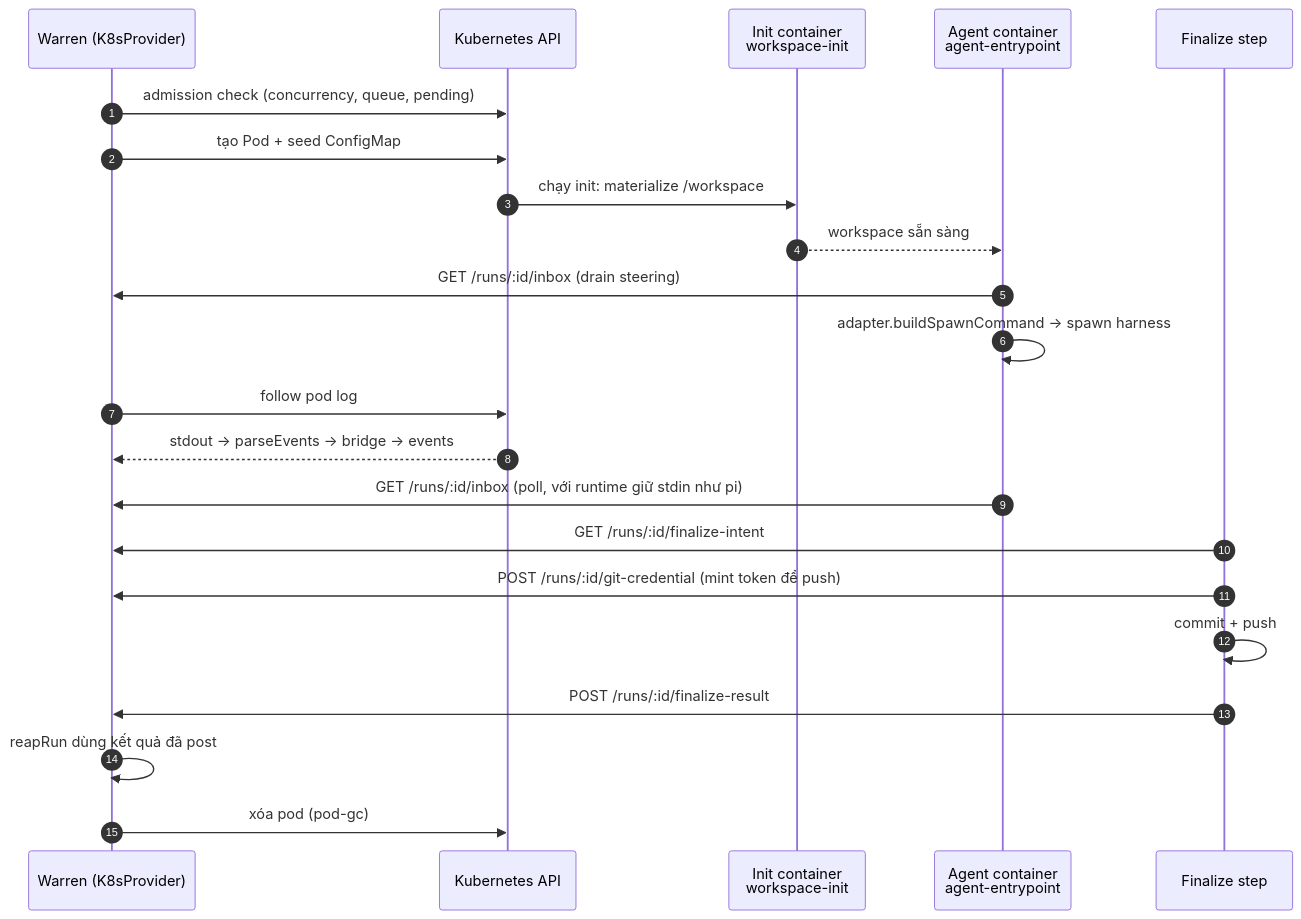
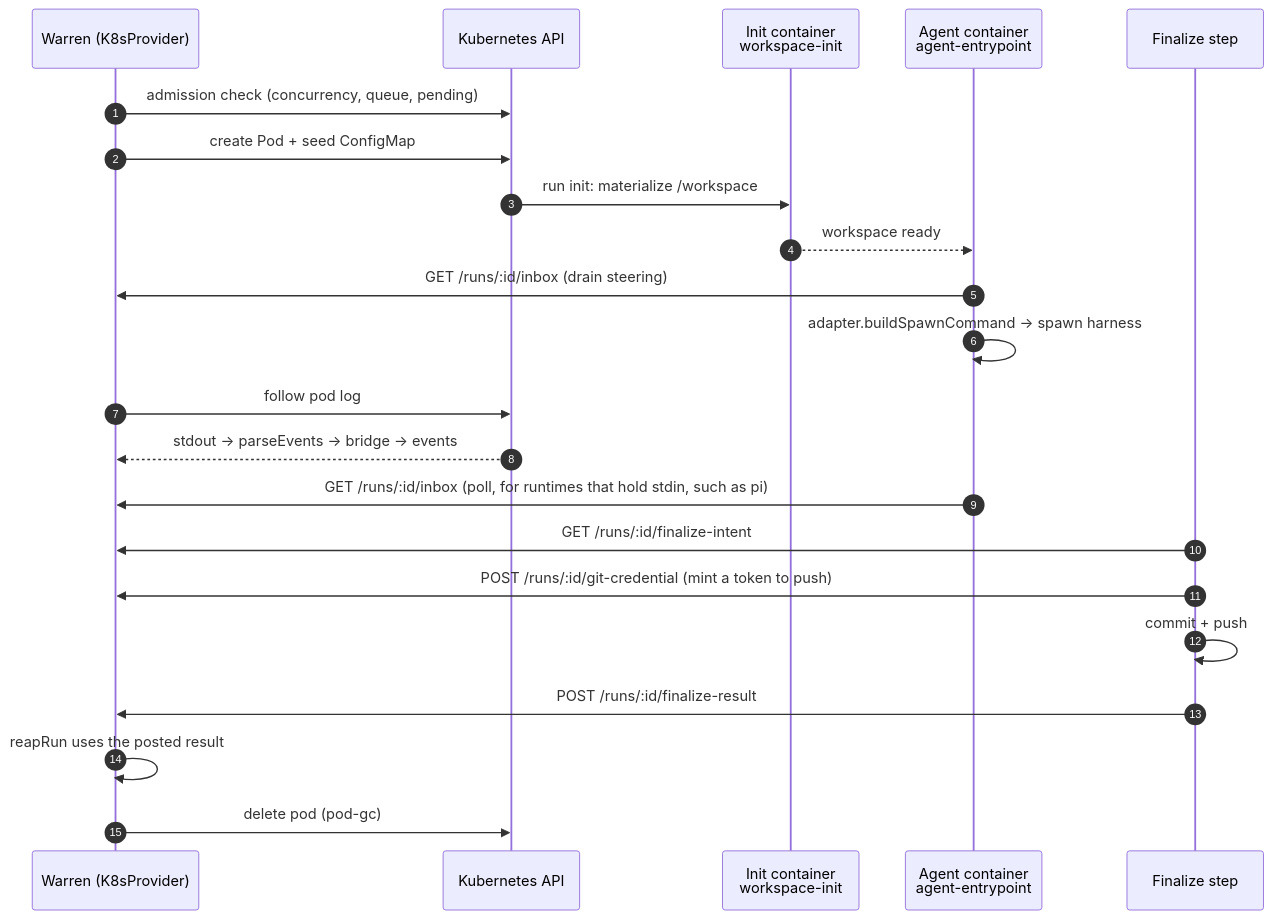
One commit to namphuongtran/warren changed the tenth of 12 diagrams in docs/design/architecture-overview.md. Above: the diagram before and after it, drawn with Mermaid. The commit also changed other lines of this file and 4 other files, not shown here.

````diff
--- a/docs/design/architecture-overview.md
+++ b/docs/design/architecture-overview.md
@@ -533,25 +533,25 @@
 ```mermaid
 sequenceDiagram
     autonumber
     participant W as Warren (K8sProvider)
     participant K as Kubernetes API
     participant I as Init container<br/>workspace-init
     participant A as Agent container<br/>agent-entrypoint
     participant F as Finalize step
 
     W->>K: admission check (concurrency, queue, pending)
-    W->>K: tạo Pod + seed ConfigMap
-    K->>I: chạy init: materialize /workspace
-    I-->>A: workspace sẵn sàng
+    W->>K: create Pod + seed ConfigMap
+    K->>I: run init: materialize /workspace
+    I-->>A: workspace ready
     A->>W: GET /runs/:id/inbox (drain steering)
     A->>A: adapter.buildSpawnCommand → spawn harness
     W->>K: follow pod log
     K-->>W: stdout → parseEvents → bridge → events
-    A->>W: GET /runs/:id/inbox (poll, với runtime giữ stdin như pi)
+    A->>W: GET /runs/:id/inbox (poll, for runtimes that hold stdin, such as pi)
     F->>W: GET /runs/:id/finalize-intent
-    F->>W: POST /runs/:id/git-credential (mint token để push)
+    F->>W: POST /runs/:id/git-credential (mint a token to push)
     F->>F: commit + push
     F->>W: POST /runs/:id/finalize-result
-    W->>W: reapRun dùng kết quả đã post
-    W->>K: xóa pod (pod-gc)
+    W->>W: reapRun uses the posted result
+    W->>K: delete pod (pod-gc)
 ```
````
